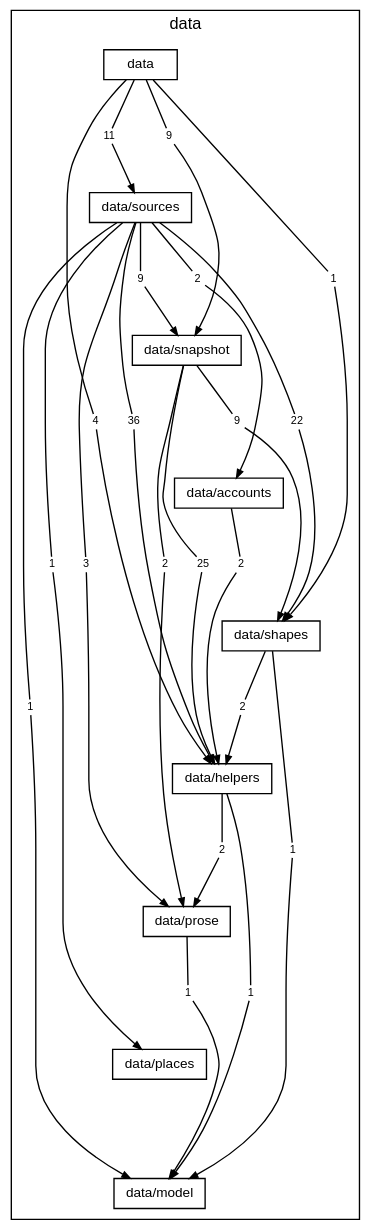
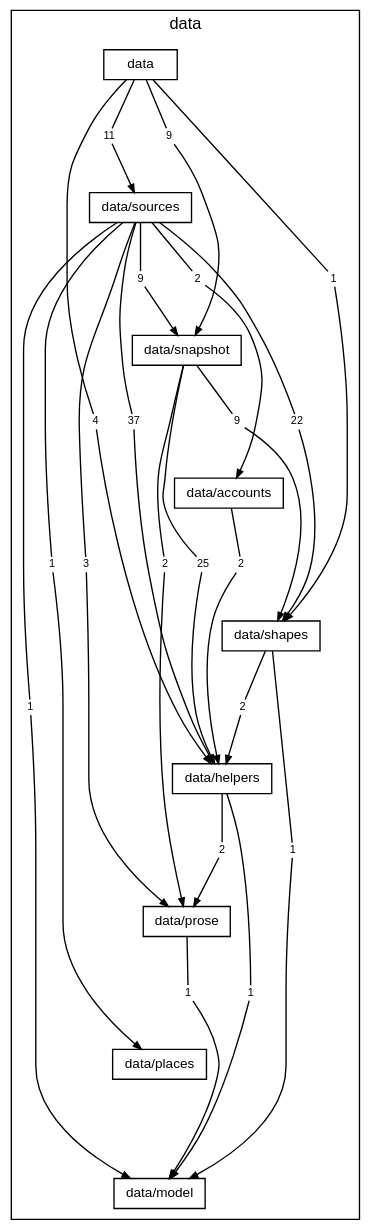
Before and after one commit to TheAxeC/oculus: the diagram in docs/diagrams/layer-data.dot, drawn with Graphviz. The commit also changed 109 other files, not shown here.

```diff
--- a/docs/diagrams/layer-data.dot
+++ b/docs/diagrams/layer-data.dot
@@ -1,85 +1,85 @@
 digraph layer_data {
     graph [bgcolor="transparent", rankdir=TB, newrank=true, mclimit=4, fontname="Helvetica,Arial,sans-serif", fontsize=12, nodesep=0.2, ranksep=0.5];
     node [shape=box, color="black", fontcolor="black", fontname="Helvetica,Arial,sans-serif", fontsize=10, height=0.3, margin="0.12,0.04"];
     edge [color="black", fontcolor="black", fontname="Helvetica,Arial,sans-serif", fontsize=8, arrowsize=0.6];
     subgraph "cluster_data" {
         label="data"; style=solid;
         "folder data" [label="data"];
         "folder data/sources" [label="data/sources"];
         "folder data/snapshot" [label="data/snapshot"];
         "folder data/accounts" [label="data/accounts"];
         "folder data/shapes" [label="data/shapes"];
         "folder data/helpers" [label="data/helpers"];
         "folder data/prose" [label="data/prose"];
         "folder data/places" [label="data/places"];
         "folder data/model" [label="data/model"];
         "folder data to folder data/helpers" [label="4", shape=box, color="transparent", fontsize=8, width=0, height=0, margin="0.04,0.02"];
         "folder data to folder data/shapes" [label="1", shape=box, color="transparent", fontsize=8, width=0, height=0, margin="0.04,0.02"];
         "folder data to folder data/snapshot" [label="9", shape=box, color="transparent", fontsize=8, width=0, height=0, margin="0.04,0.02"];
         "folder data to folder data/sources" [label="11", shape=box, color="transparent", fontsize=8, width=0, height=0, margin="0.04,0.02"];
         "folder data/sources to folder data/accounts" [label="2", shape=box, color="transparent", fontsize=8, width=0, height=0, margin="0.04,0.02"];
-        "folder data/sources to folder data/helpers" [label="36", shape=box, color="transparent", fontsize=8, width=0, height=0, margin="0.04,0.02"];
+        "folder data/sources to folder data/helpers" [label="37", shape=box, color="transparent", fontsize=8, width=0, height=0, margin="0.04,0.02"];
         "folder data/sources to folder data/model" [label="1", shape=box, color="transparent", fontsize=8, width=0, height=0, margin="0.04,0.02"];
         "folder data/sources to folder data/places" [label="1", shape=box, color="transparent", fontsize=8, width=0, height=0, margin="0.04,0.02"];
         "folder data/sources to folder data/prose" [label="3", shape=box, color="transparent", fontsize=8, width=0, height=0, margin="0.04,0.02"];
         "folder data/sources to folder data/shapes" [label="22", shape=box, color="transparent", fontsize=8, width=0, height=0, margin="0.04,0.02"];
         "folder data/sources to folder data/snapshot" [label="9", shape=box, color="transparent", fontsize=8, width=0, height=0, margin="0.04,0.02"];
         "folder data/snapshot to folder data/helpers" [label="25", shape=box, color="transparent", fontsize=8, width=0, height=0, margin="0.04,0.02"];
         "folder data/snapshot to folder data/prose" [label="2", shape=box, color="transparent", fontsize=8, width=0, height=0, margin="0.04,0.02"];
         "folder data/snapshot to folder data/shapes" [label="9", shape=box, color="transparent", fontsize=8, width=0, height=0, margin="0.04,0.02"];
         "folder data/accounts to folder data/helpers" [label="2", shape=box, color="transparent", fontsize=8, width=0, height=0, margin="0.04,0.02"];
         "folder data/shapes to folder data/helpers" [label="2", shape=box, color="transparent", fontsize=8, width=0, height=0, margin="0.04,0.02"];
         "folder data/shapes to folder data/model" [label="1", shape=box, color="transparent", fontsize=8, width=0, height=0, margin="0.04,0.02"];
         "folder data/helpers to folder data/model" [label="1", shape=box, color="transparent", fontsize=8, width=0, height=0, margin="0.04,0.02"];
         "folder data/helpers to folder data/prose" [label="2", shape=box, color="transparent", fontsize=8, width=0, height=0, margin="0.04,0.02"];
         "folder data/prose to folder data/model" [label="1", shape=box, color="transparent", fontsize=8, width=0, height=0, margin="0.04,0.02"];
     }
     "folder data" -> "folder data/sources" [style=invis, weight=10, minlen=2];
     "folder data/sources" -> "folder data/snapshot" [style=invis, weight=10, minlen=2];
     "folder data/snapshot" -> "folder data/accounts" [style=invis, weight=10, minlen=2];
     "folder data/accounts" -> "folder data/shapes" [style=invis, weight=10, minlen=2];
     "folder data/shapes" -> "folder data/helpers" [style=invis, weight=10, minlen=2];
     "folder data/helpers" -> "folder data/prose" [style=invis, weight=10, minlen=2];
     "folder data/prose" -> "folder data/places" [style=invis, weight=10, minlen=2];
     "folder data/places" -> "folder data/model" [style=invis, weight=10, minlen=2];
     "folder data" -> "folder data to folder data/helpers" [arrowhead=none, minlen=5, weight=10];
     "folder data to folder data/helpers" -> "folder data/helpers" [];
     "folder data" -> "folder data to folder data/shapes" [arrowhead=none, minlen=3, weight=10];
     "folder data to folder data/shapes" -> "folder data/shapes" [];
     "folder data" -> "folder data to folder data/snapshot" [arrowhead=none, minlen=1, weight=10];
     "folder data to folder data/snapshot" -> "folder data/snapshot" [];
     "folder data" -> "folder data to folder data/sources" [arrowhead=none, minlen=1, weight=10];
     "folder data to folder data/sources" -> "folder data/sources" [];
     "folder data/sources" -> "folder data/sources to folder data/accounts" [arrowhead=none, minlen=1, weight=10];
     "folder data/sources to folder data/accounts" -> "folder data/accounts" [];
     "folder data/sources" -> "folder data/sources to folder data/helpers" [arrowhead=none, minlen=3, weight=10];
     "folder data/sources to folder data/helpers" -> "folder data/helpers" [];
     "folder data/sources" -> "folder data/sources to folder data/model" [arrowhead=none, minlen=7, weight=10];
     "folder data/sources to folder data/model" -> "folder data/model" [];
     "folder data/sources" -> "folder data/sources to folder data/places" [arrowhead=none, minlen=5, weight=10];
     "folder data/sources to folder data/places" -> "folder data/places" [];
     "folder data/sources" -> "folder data/sources to folder data/prose" [arrowhead=none, minlen=5, weight=10];
     "folder data/sources to folder data/prose" -> "folder data/prose" [];
     "folder data/sources" -> "folder data/sources to folder data/shapes" [arrowhead=none, minlen=3, weight=10];
     "folder data/sources to folder data/shapes" -> "folder data/shapes" [];
     "folder data/sources" -> "folder data/sources to folder data/snapshot" [arrowhead=none, minlen=1, weight=10];
     "folder data/sources to folder data/snapshot" -> "folder data/snapshot" [];
     "folder data/snapshot" -> "folder data/snapshot to folder data/helpers" [arrowhead=none, minlen=3, weight=10];
     "folder data/snapshot to folder data/helpers" -> "folder data/helpers" [];
     "folder data/snapshot" -> "folder data/snapshot to folder data/prose" [arrowhead=none, minlen=3, weight=10];
     "folder data/snapshot to folder data/prose" -> "folder data/prose" [];
     "folder data/snapshot" -> "folder data/snapshot to folder data/shapes" [arrowhead=none, minlen=1, weight=10];
     "folder data/snapshot to folder data/shapes" -> "folder data/shapes" [];
     "folder data/accounts" -> "folder data/accounts to folder data/helpers" [arrowhead=none, minlen=1, weight=10];
     "folder data/accounts to folder data/helpers" -> "folder data/helpers" [];
     "folder data/shapes" -> "folder data/shapes to folder data/helpers" [arrowhead=none, minlen=1, weight=10];
     "folder data/shapes to folder data/helpers" -> "folder data/helpers" [];
     "folder data/shapes" -> "folder data/shapes to folder data/model" [arrowhead=none, minlen=3, weight=10];
     "folder data/shapes to folder data/model" -> "folder data/model" [];
     "folder data/helpers" -> "folder data/helpers to folder data/model" [arrowhead=none, minlen=3, weight=10];
     "folder data/helpers to folder data/model" -> "folder data/model" [];
     "folder data/helpers" -> "folder data/helpers to folder data/prose" [arrowhead=none, minlen=1, weight=10];
     "folder data/helpers to folder data/prose" -> "folder data/prose" [];
     "folder data/prose" -> "folder data/prose to folder data/model" [arrowhead=none, minlen=1, weight=10];
     "folder data/prose to folder data/model" -> "folder data/model" [];
 }
```
